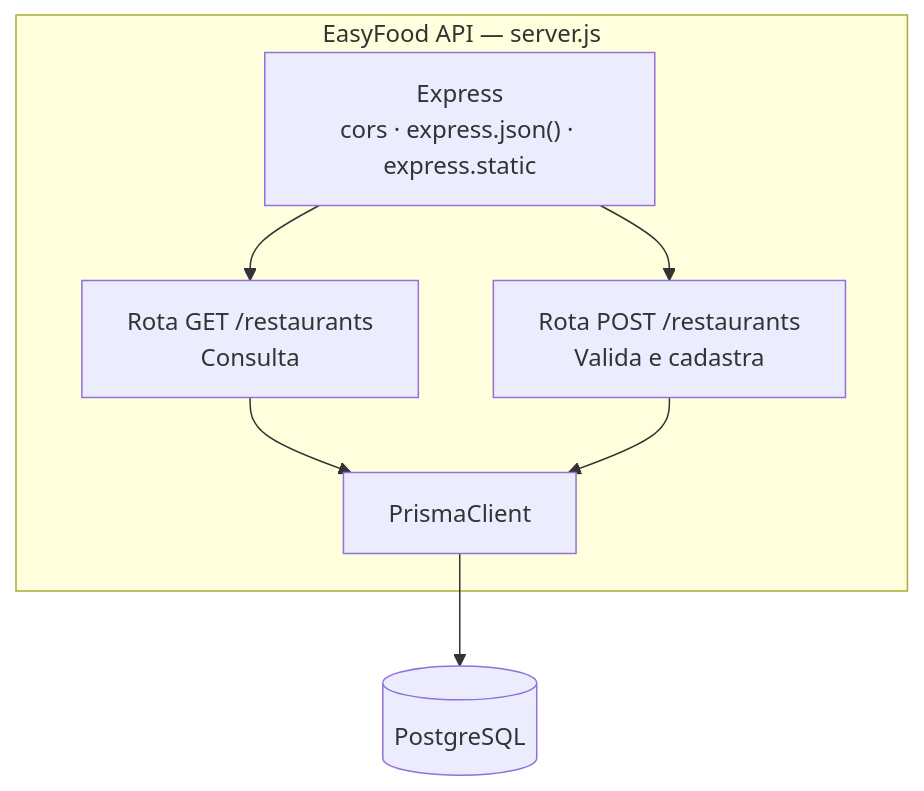
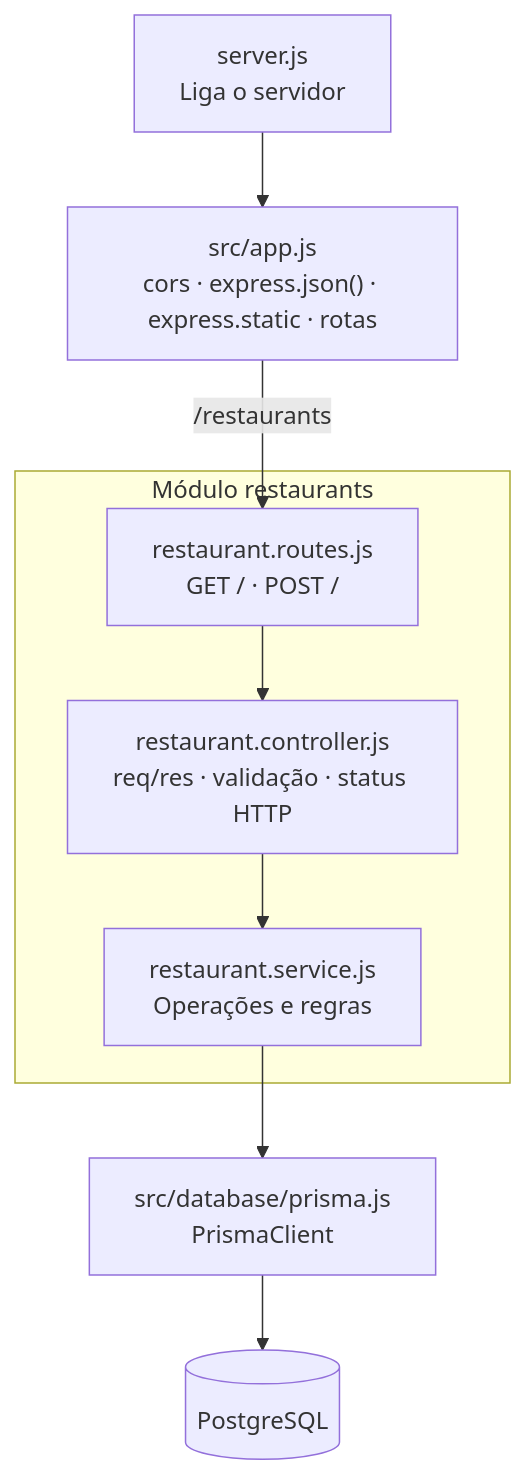
The third of 3 diagrams in docs/arquitetura/c4-model.md (RafaellosAO10/projeto_easyfood_arquitetura_de_software), drawn with Mermaid before and after one commit. The commit also changed other lines of this file and 2 other files, not shown here.

````diff
--- a/docs/arquitetura/c4-model.md
+++ b/docs/arquitetura/c4-model.md
@@ -46,16 +47,21 @@
 ```mermaid
 flowchart TB
-    subgraph api["EasyFood API — server.js"]
-        express["Express<br/>cors · express.json() · express.static"]
-        get["Rota GET /restaurants<br/>Consulta"]
-        post["Rota POST /restaurants<br/>Valida e cadastra"]
-        client["PrismaClient"]
+    server["server.js<br/>Liga o servidor"]
+    app["src/app.js<br/>cors · express.json() · express.static · rotas"]
+
+    subgraph restaurants["Módulo restaurants"]
+        routes["restaurant.routes.js<br/>GET / · POST /"]
+        controller["restaurant.controller.js<br/>req/res · validação · status HTTP"]
+        service["restaurant.service.js<br/>Operações e regras"]
     end
+
+    database["src/database/prisma.js<br/>PrismaClient"]
     db[("PostgreSQL")]
 
-    express --> get
-    express --> post
-    get --> client
-    post --> client
-    client --> db
+    server --> app
+    app -- "/restaurants" --> routes
+    routes --> controller
+    controller --> service
+    service --> database
+    database --> db
 ```
````
